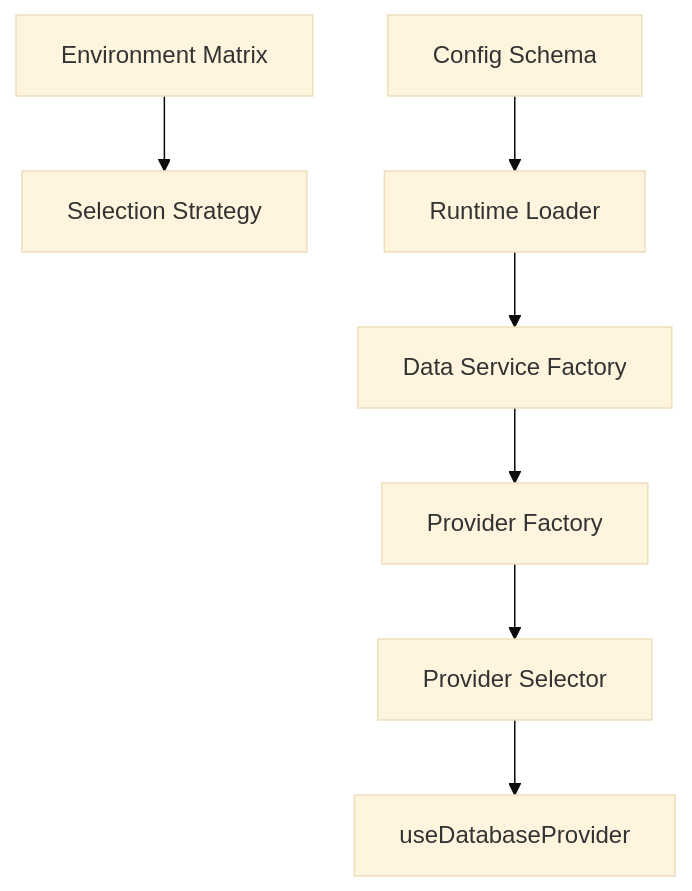
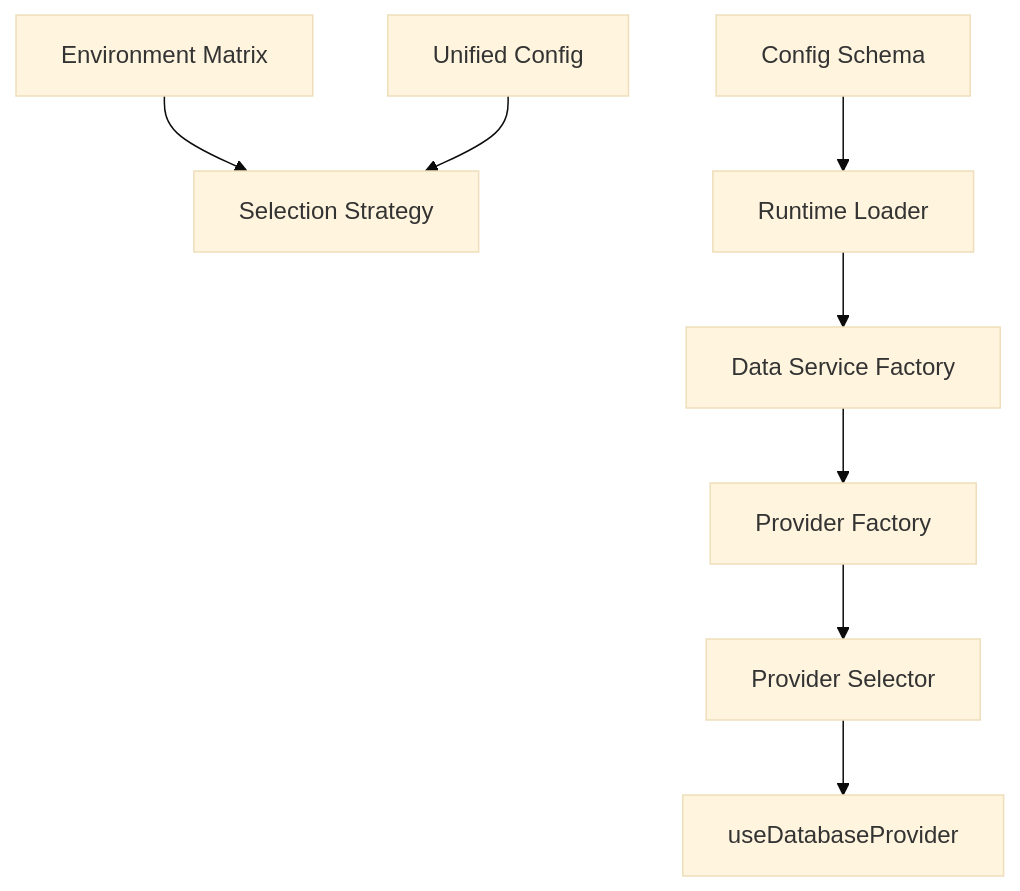
Before and after one commit to geniusdynamics/schoolpilot: the eighth of 8 diagrams in .qoder/repowiki/en/content/Data Layer/Database Providers/Provider Selection & Factory.md, drawn with Mermaid (base theme). The commit also changed other lines of this file and 16 other files, not shown here.

````diff
--- a/.qoder/repowiki/en/content/Data Layer/Database Providers/Provider Selection & Factory.md
+++ b/.qoder/repowiki/en/content/Data Layer/Database Providers/Provider Selection & Factory.md
@@ -343,9 +367,10 @@
 ```mermaid
 graph TB
 EM["Environment Matrix"] --> DPF_STRAT["Selection Strategy"]
 DCS["Config Schema"] --> DCR["Runtime Loader"]
 DCR --> DSF["Data Service Factory"]
 DSF --> DPFF["Provider Factory"]
 DPFF --> PS["Provider Selector"]
 PS --> UDH["useDatabaseProvider"]
+UC["Unified Config"] --> DPF_STRAT
 ```
````
